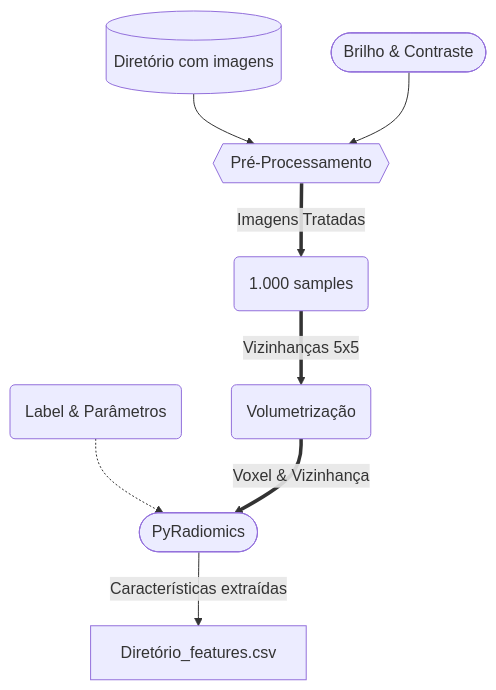
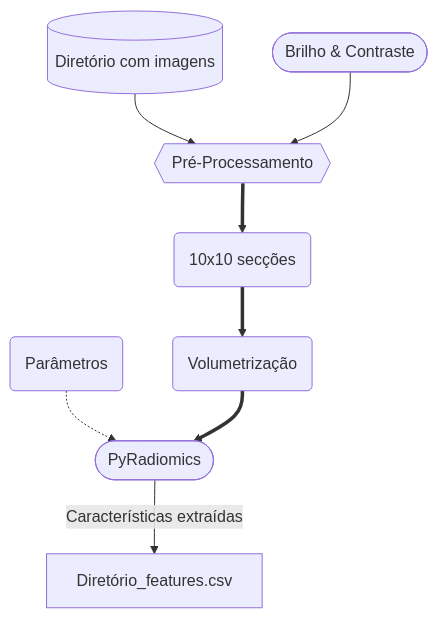
Before and after one commit to OctavioFurio/PyRadiomicsExtraction: the diagram in README.md, drawn with Mermaid.

````diff
--- a/README.md
+++ b/README.md
@@ -24,15 +24,15 @@
 ```mermaid
 %%{ init: { 'flowchart': { 'curve': 'bump' } } }%%
 flowchart TB
     dir[(Diretório com imagens)]
-    lbl(Label & Parâmetros) .-> pr([PyRadiomics])
+    lbl(Parâmetros) .-> pr([PyRadiomics])
     br([Brilho & Contraste])
     dir --> pp{{Pré-Processamento}}
     br --> pp
 
-    pp == Imagens Tratadas ==> vv(1.000 samples) 
-    vv == Vizinhanças 5x5 ==> dim(Volumetrização)
-    dim == Voxel & Vizinhança ==> pr    
+    pp ==> vv(10x10 secções) 
+    vv ==> dim(Volumetrização)
+    dim ==> pr    
     
     pr -- Características extraídas --> Diretório_features.csv
 ```
````
